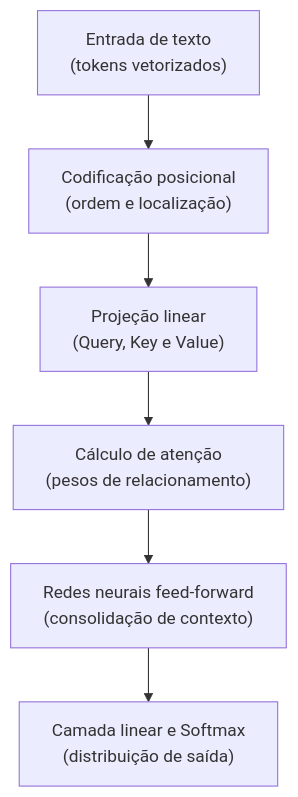
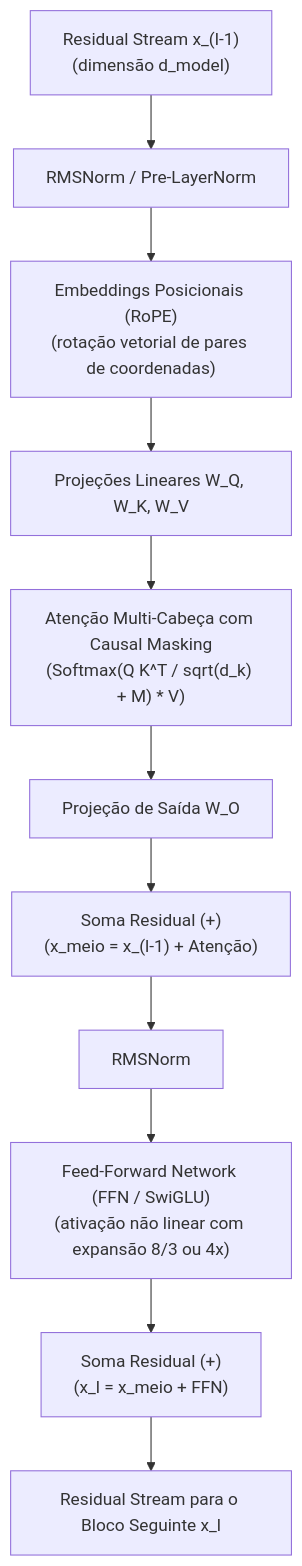
The diagram in llm/03-A arquitetura Transformer e o mecanismo de atenção.md (leorruas/programacao), drawn with Mermaid before and after one commit. The commit also changed other lines of this file and 6 other files, not shown here.

````diff
--- a/llm/03-A arquitetura Transformer e o mecanismo de atenção.md
+++ b/llm/03-A arquitetura Transformer e o mecanismo de atenção.md
@@ -32,8 +20,13 @@
 ```mermaid
 flowchart TD
-    Entrada["Entrada de texto<br>(tokens vetorizados)"] --> CodificadorPosicional["Codificação posicional<br>(ordem e localização)"]
-    CodificadorPosicional --> QKV["Projeção linear<br>(Query, Key e Value)"]
-    QKV --> MatrizAtencao["Cálculo de atenção<br>(pesos de relacionamento)"]
-    MatrizAtencao --> RedesAvanco["Redes neurais feed-forward<br>(consolidação de contexto)"]
-    RedesAvanco --> ProjecaoSaida["Camada linear e Softmax<br>(distribuição de saída)"]
+    Entrada["Residual Stream x_(l-1)<br>(dimensão d_model)"] --> Norm1["RMSNorm / Pre-LayerNorm"]
+    Norm1 --> RoPE["Embeddings Posicionais (RoPE)<br>(rotação vetorial de pares de coordenadas)"]
+    RoPE --> QKV["Projeções Lineares W_Q, W_K, W_V"]
+    QKV --> CausalMask["Atenção Multi-Cabeça com Causal Masking<br>(Softmax(Q K^T / sqrt(d_k) + M) * V)"]
+    CausalMask --> ProjOut["Projeção de Saída W_O"]
+    ProjOut --> Add1["Soma Residual (+)<br>(x_meio = x_(l-1) + Atenção)"]
+    Add1 --> Norm2["RMSNorm"]
+    Norm2 --> FFN["Feed-Forward Network (FFN / SwiGLU)<br>(ativação não linear com expansão 8/3 ou 4x)"]
+    FFN --> Add2["Soma Residual (+)<br>(x_l = x_meio + FFN)"]
+    Add2 --> SaidaResidual["Residual Stream para o Bloco Seguinte x_l"]
 ```
````
